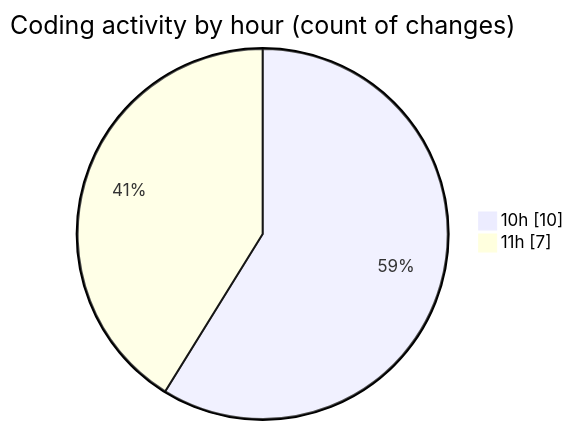
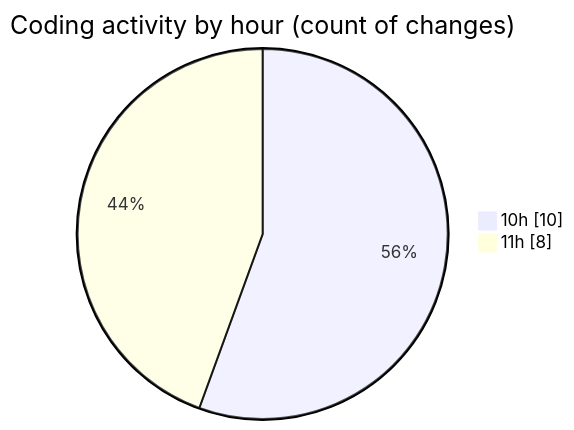
Before and after one commit to nxtqubesakshisongat/code-tracking: the second of 2 diagrams in 2025-07-29/nxtqube_webapp/README.md, drawn with Mermaid. The commit also changed other lines of this file and 1 other file, not shown here.

````diff
--- a/2025-07-29/nxtqube_webapp/README.md
+++ b/2025-07-29/nxtqube_webapp/README.md
@@ -30,6 +32,6 @@
 ```mermaid
 pie showData
 title Coding activity by hour (count of changes)
 "10h" : 10
-"11h" : 7
+"11h" : 8
 ```
````
